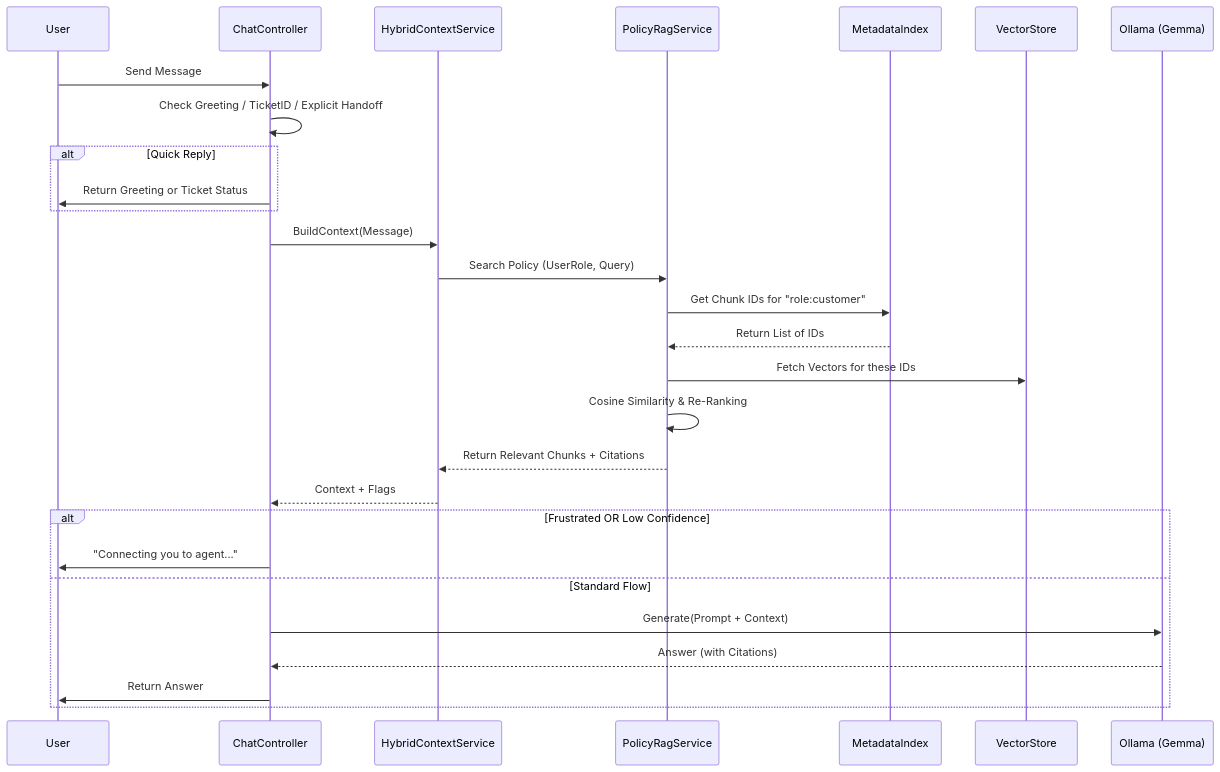
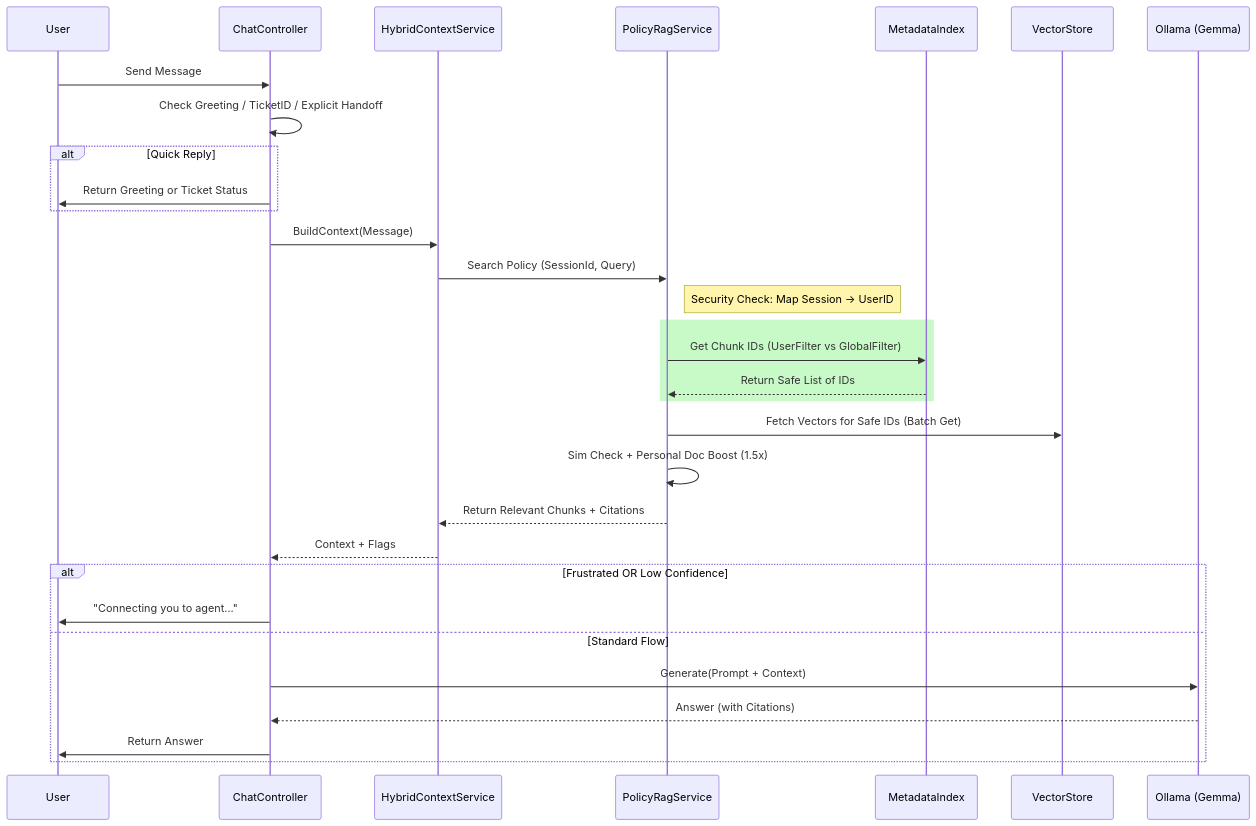
Before and after one commit to Mohankrishna07-maddila/-MEDICAL----RAG-APPLICATION: the diagram in HealthBot.Api/EXPLAINATION/AI_WORKFLOW.md, drawn with Mermaid. The commit also changed other lines of this file and 17 other files, not shown here.

Commit message:
feat: Implement RAG system with metadata-driven policy search, user isolation, and document boosting, along with comprehensive documentation.

````diff
--- a/HealthBot.Api/EXPLAINATION/AI_WORKFLOW.md
+++ b/HealthBot.Api/EXPLAINATION/AI_WORKFLOW.md
@@ -93,34 +86,40 @@
 ```mermaid
 sequenceDiagram
     participant User
     participant API as ChatController
     participant Hybrid as HybridContextService
     participant RAG as PolicyRagService
     participant Meta as MetadataIndex
     participant DB as VectorStore
     participant LLM as Ollama (Gemma)
 
     User->>API: Send Message
     
     API->>API: Check Greeting / TicketID / Explicit Handoff
     alt Quick Reply
         API->>User: Return Greeting or Ticket Status
     end
 
     API->>Hybrid: BuildContext(Message)
-    Hybrid->>RAG: Search Policy (UserRole, Query)
-    RAG->>Meta: Get Chunk IDs for "role:customer"
-    Meta-->>RAG: Return List of IDs
-    RAG->>DB: Fetch Vectors for these IDs
-    RAG->>RAG: Cosine Similarity & Re-Ranking
+    Hybrid->>RAG: Search Policy (SessionId, Query)
+    
+    note right of RAG: Security Check: Map Session -> UserID
+    
+    rect rgb(200, 250, 200)
+        RAG->>Meta: Get Chunk IDs (UserFilter vs GlobalFilter)
+        Meta-->>RAG: Return Safe List of IDs
+    end
+    
+    RAG->>DB: Fetch Vectors for Safe IDs (Batch Get)
+    RAG->>RAG: Sim Check + Personal Doc Boost (1.5x)
     RAG-->>Hybrid: Return Relevant Chunks + Citations
     Hybrid-->>API: Context + Flags
 
     alt Frustrated OR Low Confidence
         API->>User: "Connecting you to agent..."
     else Standard Flow
         API->>LLM: Generate(Prompt + Context)
         LLM-->>API: Answer (with Citations)
         API->>User: Return Answer
     end
 ```
````
